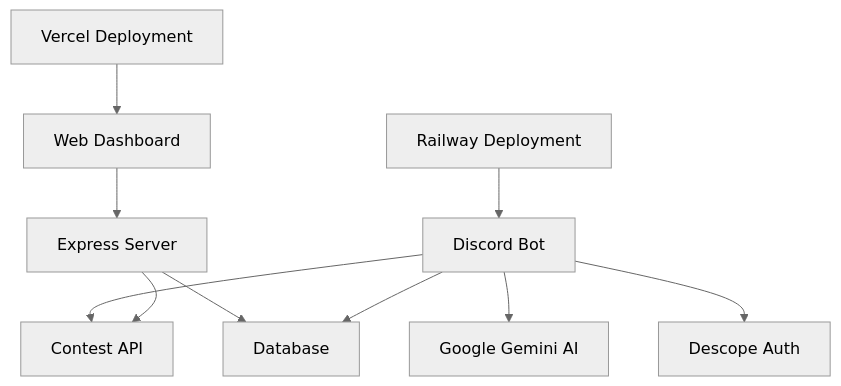
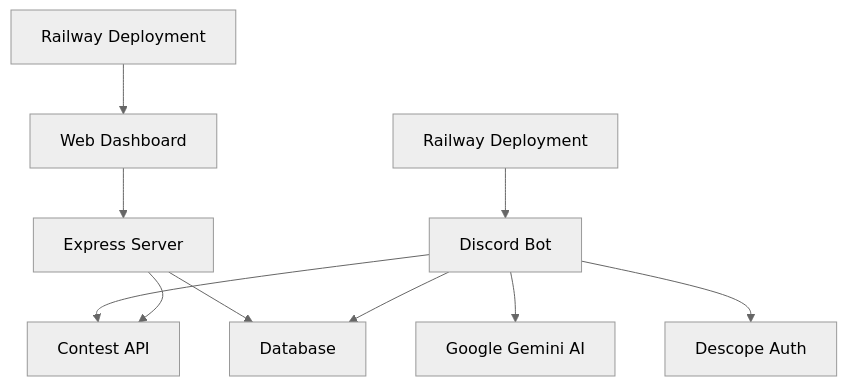
Before and after one commit to anurag12sharma/codeMentor-ai: the diagram in README.md, drawn with Mermaid (neutral theme). The commit also changed other lines of this file, not shown here.

````diff
--- a/README.md
+++ b/README.md
@@ -121,12 +157,12 @@
 ```mermaid
 graph TB
     A[Discord Bot] --> B[Contest API]
     A --> C[Google Gemini AI]
     A --> D[Descope Auth]
     E[Web Dashboard] --> F[Express Server]
     F --> B
     F --> G[Database]
     A --> G
     H[Railway Deployment] --> A
-    I[Vercel Deployment] --> E
+    I[Railway Deployment] --> E
 ```
````
